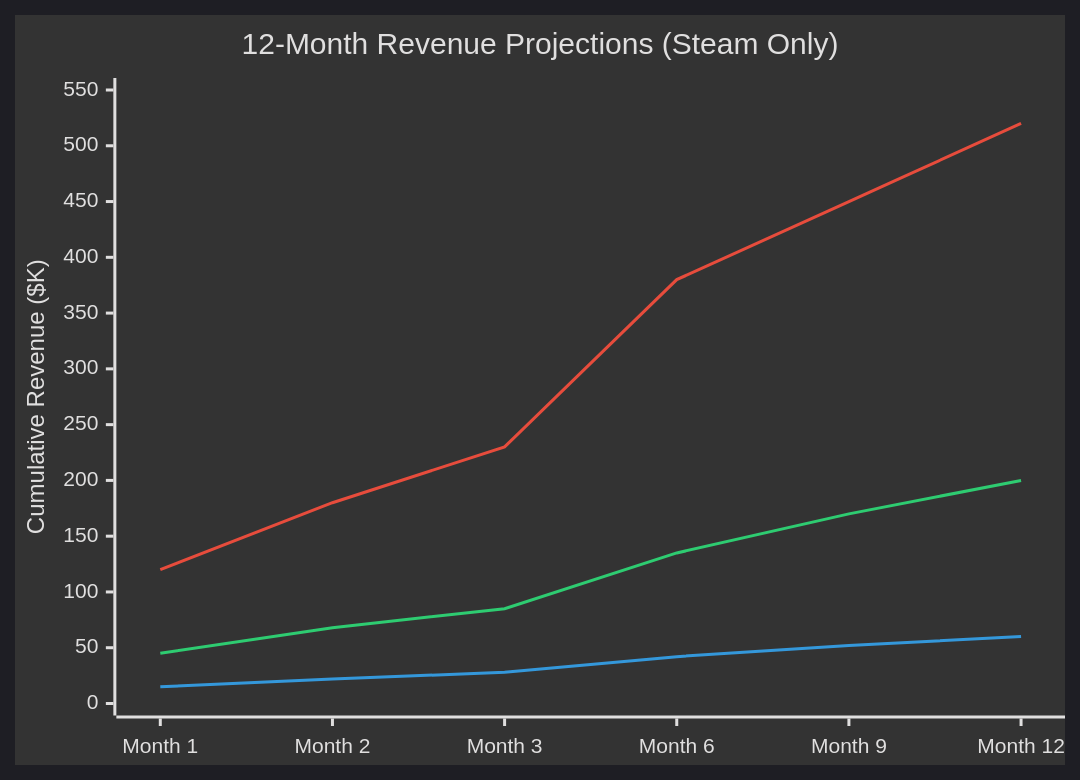
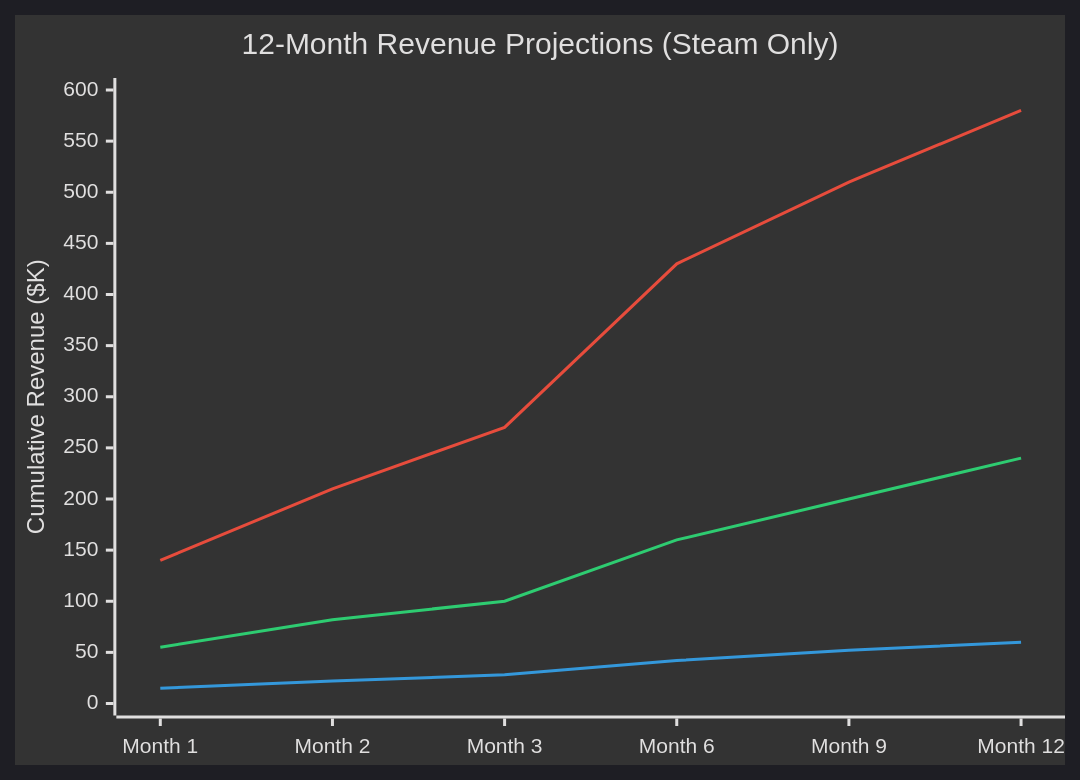
One commit to MartyChouette/iris_v3.0 changed diagram 23 of 31 in docs/IRIS_REPORT.md. Above: the diagram before and after it, drawn with Mermaid. The commit also changed other lines of this file and 48 other files, not shown here.

````diff
--- a/docs/IRIS_REPORT.md
+++ b/docs/IRIS_REPORT.md
@@ -815,10 +863,10 @@
 ```mermaid
 %%{init: {'theme': 'dark'}}%%
 xychart-beta
     title "12-Month Revenue Projections (Steam Only)"
     x-axis ["Month 1", "Month 2", "Month 3", "Month 6", "Month 9", "Month 12"]
-    y-axis "Cumulative Revenue ($K)" 0 --> 550
+    y-axis "Cumulative Revenue ($K)" 0 --> 600
     line "Conservative" [15, 22, 28, 42, 52, 60]
-    line "Moderate" [45, 68, 85, 135, 170, 200]
-    line "Optimistic" [120, 180, 230, 380, 450, 520]
+    line "Moderate" [55, 82, 100, 160, 200, 240]
+    line "Optimistic" [140, 210, 270, 430, 510, 580]
 ```
````
